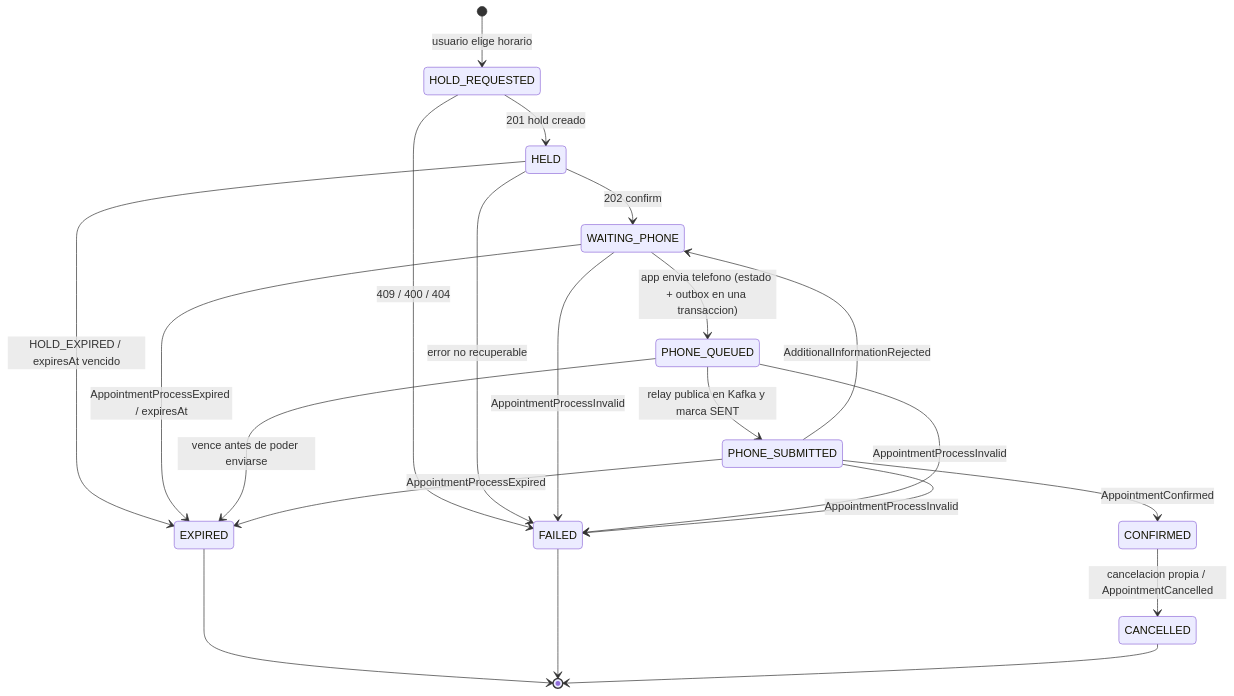
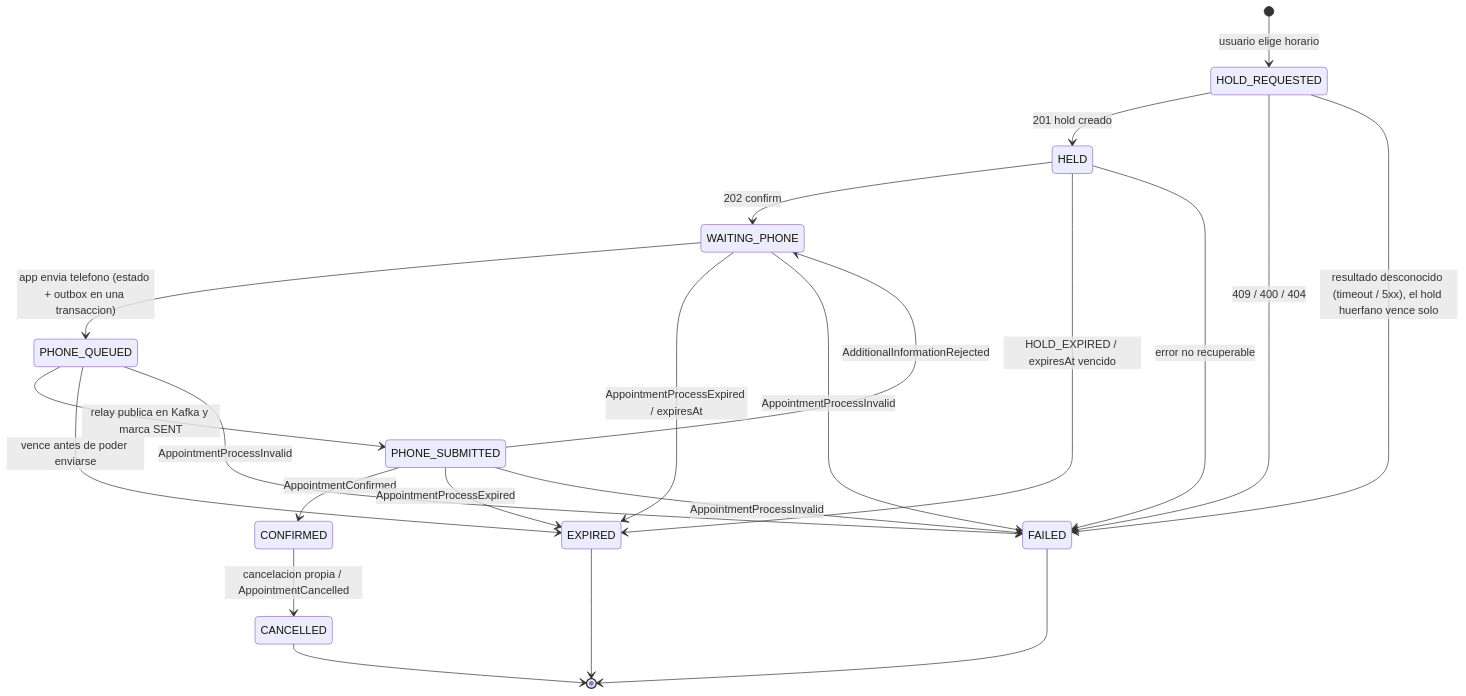
Before and after one commit to Prog2-fzapata/Documentacion: the first of 2 diagrams in diagramas/04-maquina-estados-reserva.md, drawn with Mermaid. The commit also changed other lines of this file and 2 other files, not shown here.

Commit message:
docs: registra el hold perdido (D80) y el cliente de la cátedra (D81)
- D80: respuesta del profesor sobre un POST de hold con la respuesta perdida:
  no hay idempotencia ni forma de recuperar los ids; se abandona el intento y se
  consultan las ocupaciones (HELD se espera hasta su expiresAt sin asumir que es
  nuestro, CONFIRMED no está disponible, libre permite un hold nuevo); el TTL es
  de 10 minutos. Precisa P1 y confirma P2.
- D81: cliente de la cátedra de turnos (TUR-06): JWT técnico, reintentos por
  operación, errores por status y code, y configuración.
- Diagramas 03 y 04: el proceso pasa a FAILED ante un resultado desconocido al
  crear el hold, y se consultan las ocupaciones antes de crear otro.

````diff
--- a/diagramas/04-maquina-estados-reserva.md
+++ b/diagramas/04-maquina-estados-reserva.md
@@ -3,29 +3,30 @@
 ```mermaid
 stateDiagram-v2
     [*] --> HOLD_REQUESTED: usuario elige horario
     HOLD_REQUESTED --> HELD: 201 hold creado
     HOLD_REQUESTED --> FAILED: 409 / 400 / 404
+    HOLD_REQUESTED --> FAILED: resultado desconocido (timeout / 5xx), el hold huerfano vence solo
 
     HELD --> WAITING_PHONE: 202 confirm
     HELD --> EXPIRED: HOLD_EXPIRED / expiresAt vencido
     HELD --> FAILED: error no recuperable
 
     WAITING_PHONE --> PHONE_QUEUED: app envia telefono (estado + outbox en una transaccion)
     WAITING_PHONE --> EXPIRED: AppointmentProcessExpired / expiresAt
     WAITING_PHONE --> FAILED: AppointmentProcessInvalid
 
     PHONE_QUEUED --> PHONE_SUBMITTED: relay publica en Kafka y marca SENT
     PHONE_QUEUED --> EXPIRED: vence antes de poder enviarse
     PHONE_QUEUED --> FAILED: AppointmentProcessInvalid
 
     PHONE_SUBMITTED --> CONFIRMED: AppointmentConfirmed
     PHONE_SUBMITTED --> WAITING_PHONE: AdditionalInformationRejected
     PHONE_SUBMITTED --> EXPIRED: AppointmentProcessExpired
     PHONE_SUBMITTED --> FAILED: AppointmentProcessInvalid
 
     CONFIRMED --> CANCELLED: cancelacion propia / AppointmentCancelled
 
     EXPIRED --> [*]
     FAILED --> [*]
     CANCELLED --> [*]
 ```
````
